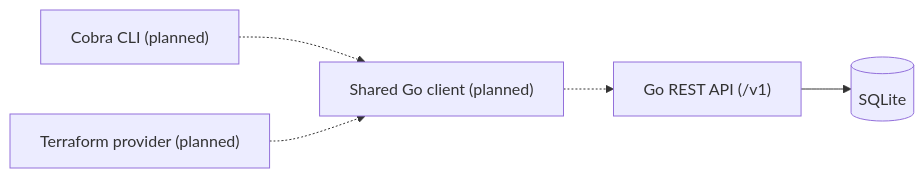
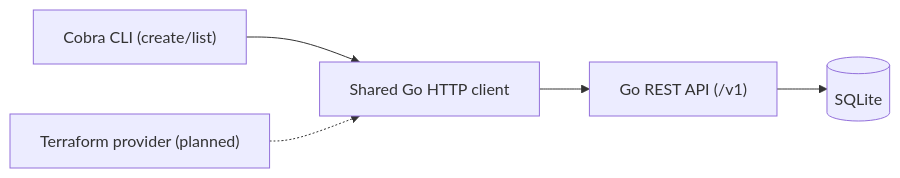
The diagram in README.md (ahmedr1zwan/flagctl), drawn with Mermaid before and after one commit. The commit also changed other lines of this file and 9 other files, not shown here.

Commit message:
Add Cobra create and list commands with shared HTTP client

````diff
--- a/README.md
+++ b/README.md
@@ -20,7 +22,7 @@
 ```mermaid
 flowchart LR
-    CLI["Cobra CLI (planned)"] -.-> Client["Shared Go client (planned)"]
+    CLI["Cobra CLI (create/list)"] --> Client["Shared Go HTTP client"]
     Terraform["Terraform provider (planned)"] -.-> Client
-    Client -.-> API["Go REST API (/v1)"]
+    Client --> API["Go REST API (/v1)"]
     API --> DB[(SQLite)]
 ```
````
